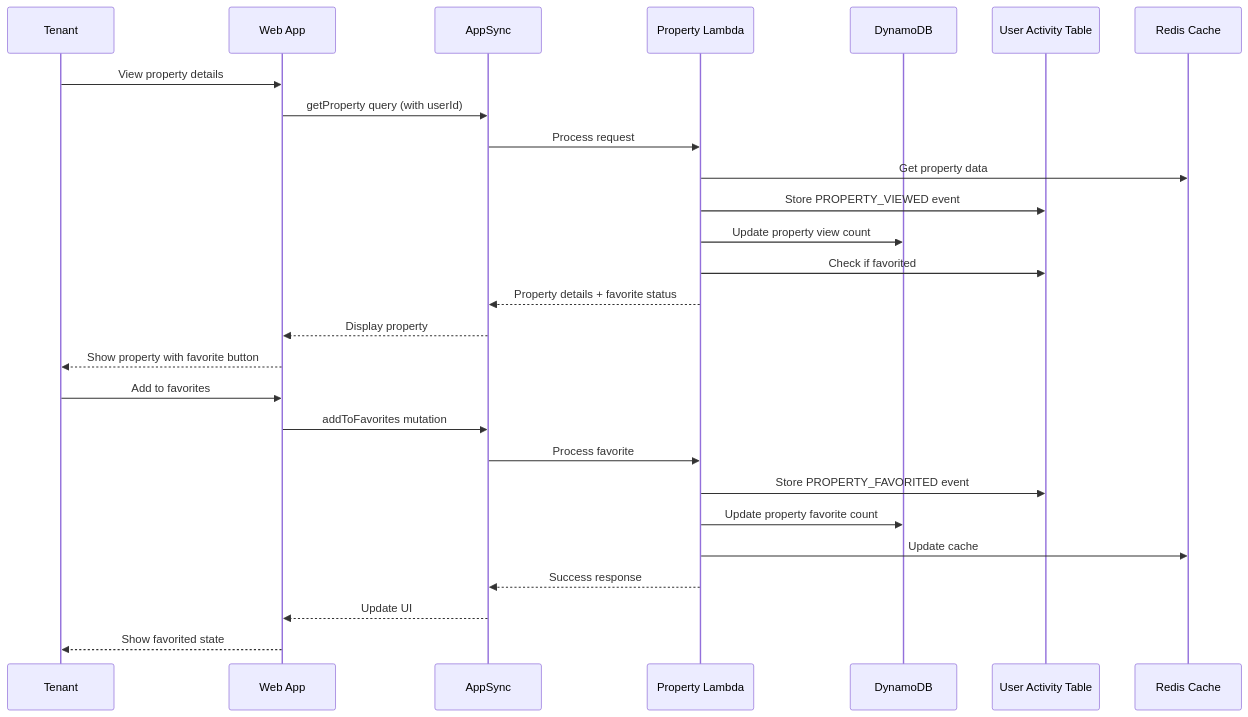
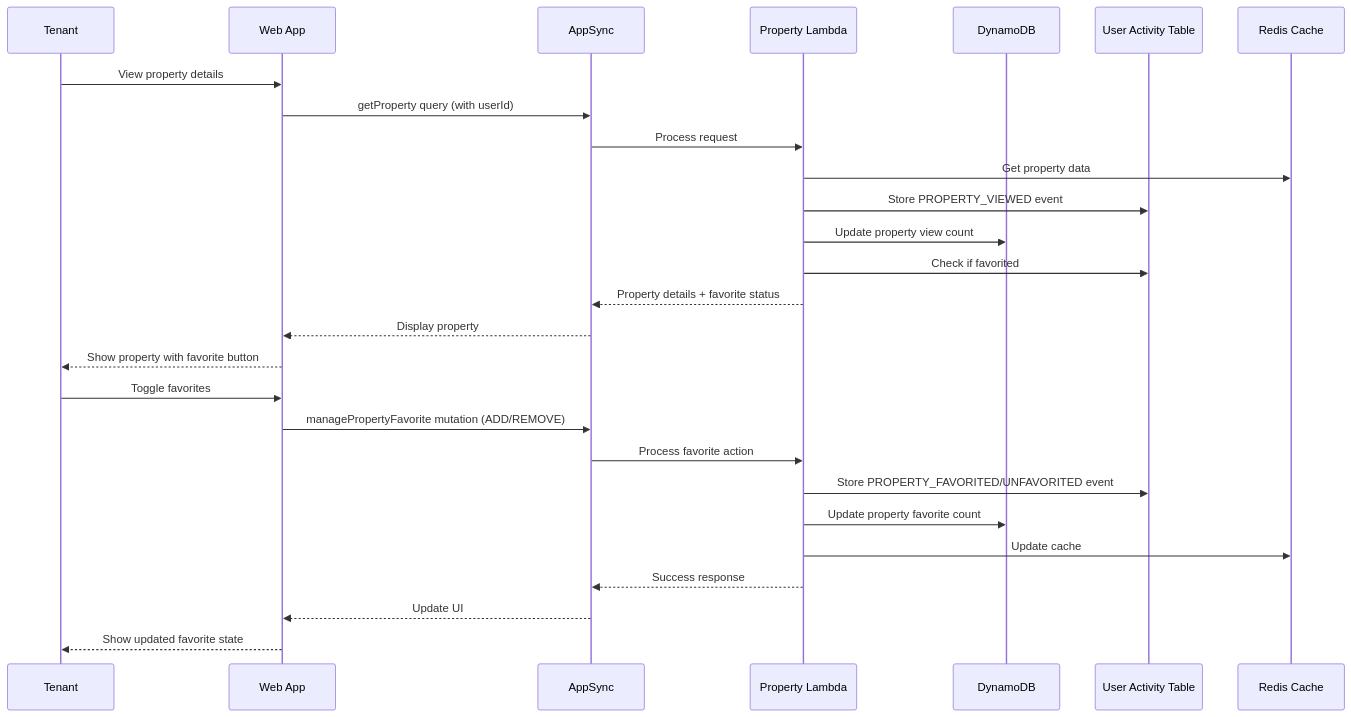
One commit to makoye224/nestDocs changed the fifth of 5 diagrams in property.md. Above: the diagram before and after it, drawn with Mermaid. The commit also changed other lines of this file, not shown here.

Commit message:
unify favorite management

````diff
--- a/property.md
+++ b/property.md
@@ -528,31 +516,31 @@
 ```mermaid
 sequenceDiagram
     participant T as Tenant
     participant W as Web App
     participant A as AppSync
     participant PL as Property Lambda
     participant D as DynamoDB
     participant UA as User Activity Table
     participant R as Redis Cache
 
     T->>W: View property details
     W->>A: getProperty query (with userId)
     A->>PL: Process request
     PL->>R: Get property data
     PL->>UA: Store PROPERTY_VIEWED event
     PL->>D: Update property view count
     PL->>UA: Check if favorited
     PL-->>A: Property details + favorite status
     A-->>W: Display property
     W-->>T: Show property with favorite button
 
-    T->>W: Add to favorites
-    W->>A: addToFavorites mutation
-    A->>PL: Process favorite
-    PL->>UA: Store PROPERTY_FAVORITED event
+    T->>W: Toggle favorites
+    W->>A: managePropertyFavorite mutation (ADD/REMOVE)
+    A->>PL: Process favorite action
+    PL->>UA: Store PROPERTY_FAVORITED/UNFAVORITED event
     PL->>D: Update property favorite count
     PL->>R: Update cache
     PL-->>A: Success response
     A-->>W: Update UI
-    W-->>T: Show favorited state
+    W-->>T: Show updated favorite state
 ```
````
